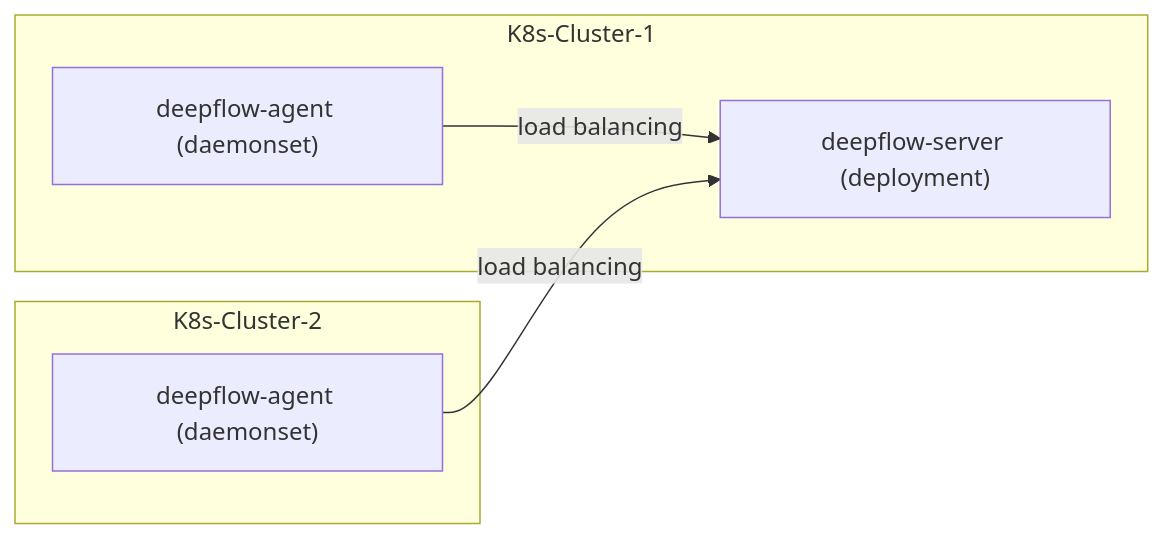
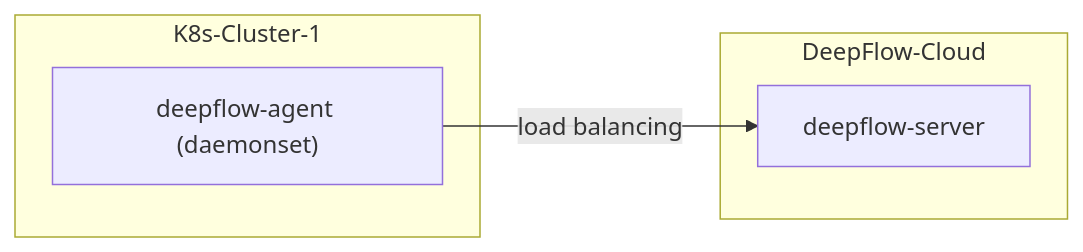
One commit to deepflowio/docs changed the diagram in docs/zh/03-ee-install/01-saas/01-k8s.md. Above: the diagram before and after it, drawn with Mermaid. The commit also changed other lines of this file and 3 other files, not shown here.

````diff
--- a/docs/zh/03-ee-install/01-saas/01-k8s.md
+++ b/docs/zh/03-ee-install/01-saas/01-k8s.md
@@ -16,14 +16,12 @@
 ```mermaid
 flowchart LR
 
-subgraph K8s-Cluster-1
-  DeepFlowServer["deepflow-server (deployment)"]
-  DeepFlowAgent1["deepflow-agent (daemonset)"]
-  DeepFlowAgent1 -->|load balancing| DeepFlowServer
+subgraph DeepFlow-Cloud
+  DeepFlowServer["deepflow-server"]
 end
 
-subgraph K8s-Cluster-2
+subgraph K8s-Cluster-1
   DeepFlowAgent2["deepflow-agent (daemonset)"]
   DeepFlowAgent2 -->|load balancing| DeepFlowServer
 end
 ```
````
